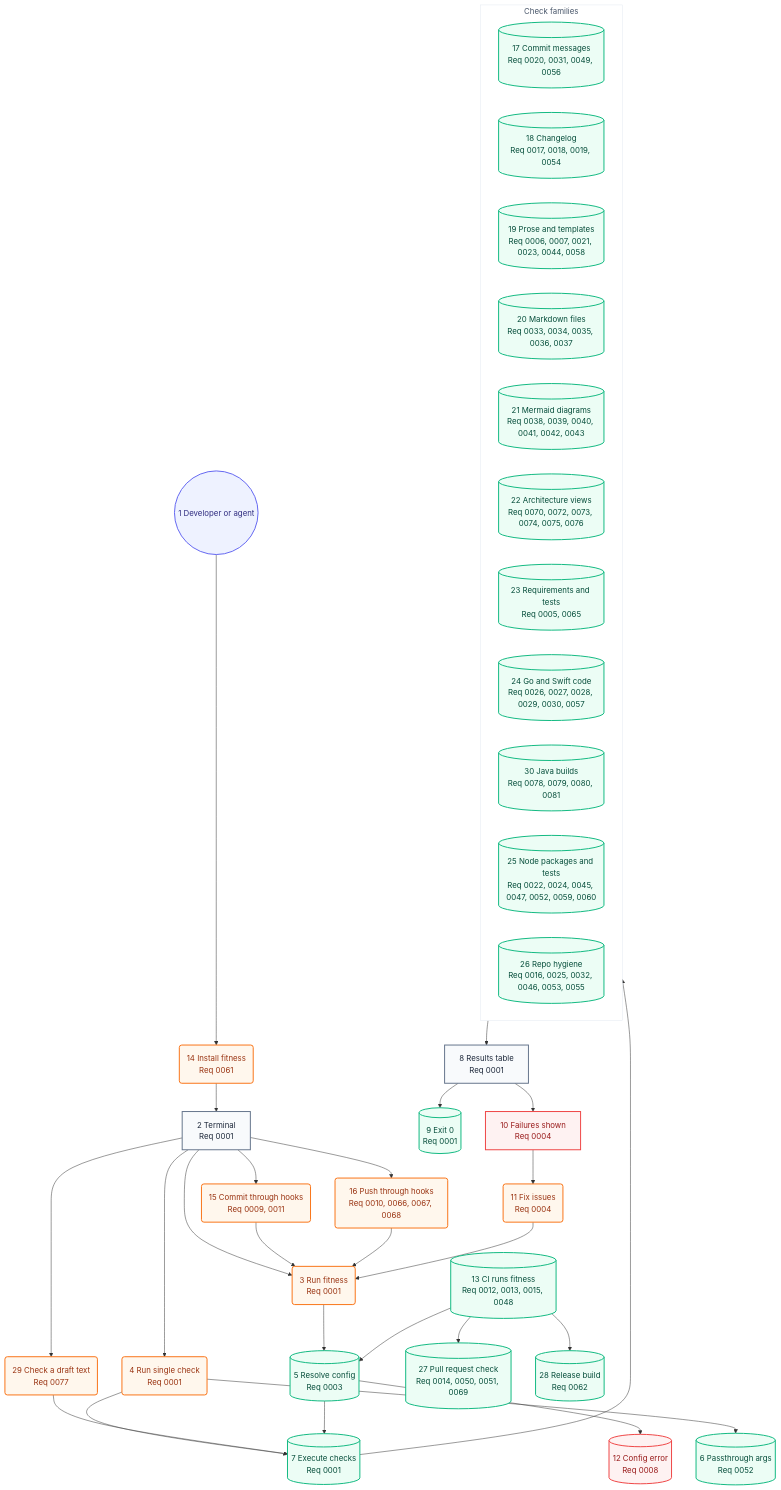
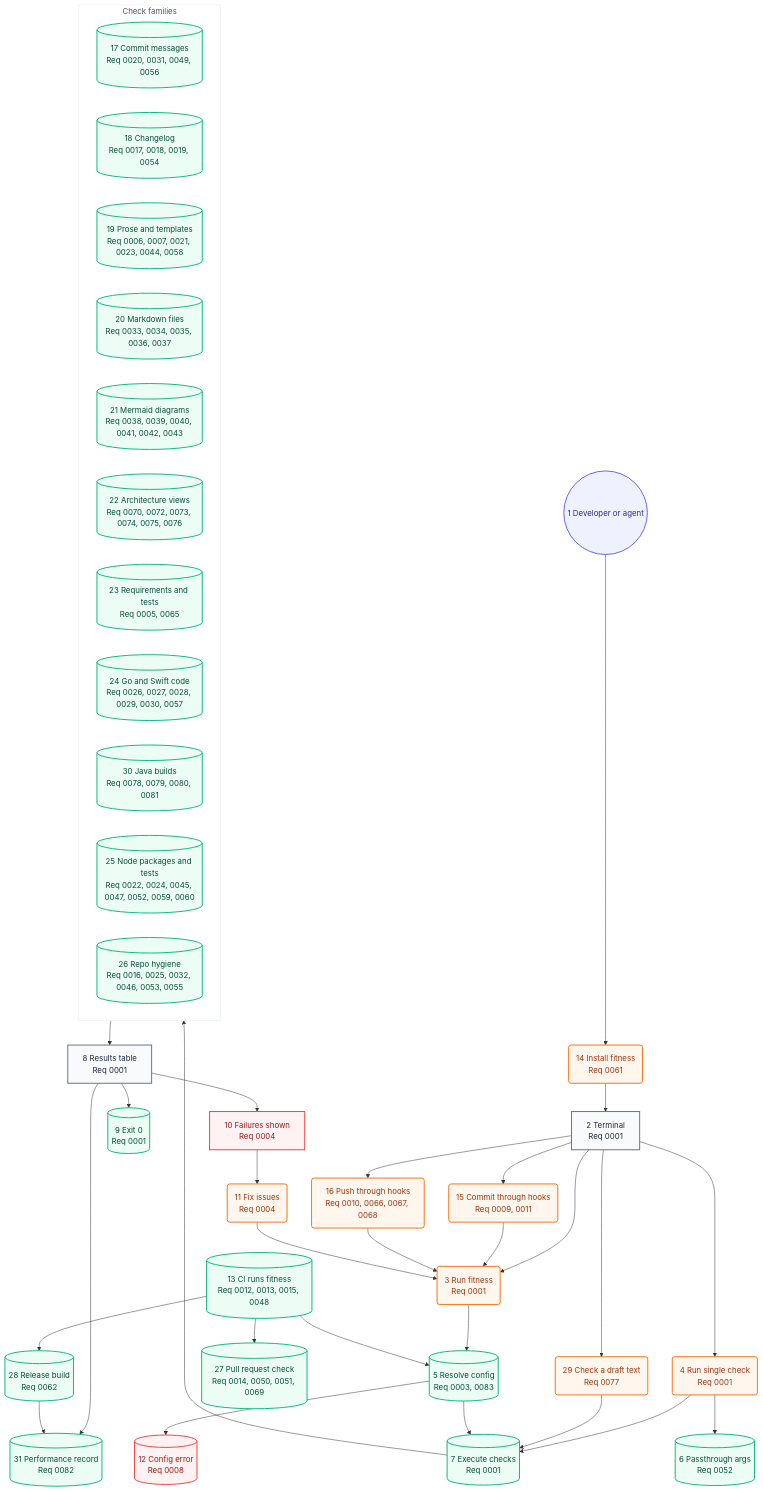
The second of 2 diagrams in docs/architecture/05-user-journey.md (may-journal/fitness-runner), drawn with Mermaid before and after one commit. The commit also changed other lines of this file and 37 other files, not shown here.

First line of the commit message:
feat(fitness): record check performance, draw box diagrams, add repo-local checks

````diff
--- a/docs/architecture/05-user-journey.md
+++ b/docs/architecture/05-user-journey.md
@@ -40,70 +40,73 @@
 ```mermaid
 flowchart TB
     dev((1 Developer or agent)):::persona
     install(14 Install fitness<br/>Req 0061):::action
     terminal[2 Terminal<br/>Req 0001]:::screen
     runFull(3 Run fitness<br/>Req 0001):::action
     runSingle(4 Run single check<br/>Req 0001):::action
     runBlob(29 Check a draft text<br/>Req 0077):::action
     commitHook(15 Commit through hooks<br/>Req 0009, 0011):::action
     pushHook(16 Push through hooks<br/>Req 0010, 0066, 0067, 0068):::action
-    resolveConfig[(5 Resolve config<br/>Req 0003)]:::system
+    resolveConfig[(5 Resolve config<br/>Req 0003, 0083)]:::system
     passArgs[(6 Passthrough args<br/>Req 0052)]:::system
     executeChecks[(7 Execute checks<br/>Req 0001)]:::system
 
     subgraph checks["Check families"]
         commitChecks[(17 Commit messages<br/>Req 0020, 0031, 0049, 0056)]:::system
         changelogChecks[(18 Changelog<br/>Req 0017, 0018, 0019, 0054)]:::system
         proseChecks[(19 Prose and templates<br/>Req 0006, 0007, 0021, 0023, 0044, 0058)]:::system
         markdownChecks[(20 Markdown files<br/>Req 0033, 0034, 0035, 0036, 0037)]:::system
         mermaidChecks[(21 Mermaid diagrams<br/>Req 0038, 0039, 0040, 0041, 0042, 0043)]:::system
         architectureChecks[(22 Architecture views<br/>Req 0070, 0072, 0073, 0074, 0075, 0076)]:::system
         requirementChecks[(23 Requirements and tests<br/>Req 0005, 0065)]:::system
         goSwiftChecks[(24 Go and Swift code<br/>Req 0026, 0027, 0028, 0029, 0030, 0057)]:::system
         javaChecks[(30 Java builds<br/>Req 0078, 0079, 0080, 0081)]:::system
         nodeChecks[(25 Node packages and tests<br/>Req 0022, 0024, 0045, 0047, 0052, 0059, 0060)]:::system
         repoChecks[(26 Repo hygiene<br/>Req 0016, 0025, 0032, 0046, 0053, 0055)]:::system
     end
 
     resultsTable[8 Results table<br/>Req 0001]:::screen
     exitZero[(9 Exit 0<br/>Req 0001)]:::system
     failuresShown[10 Failures shown<br/>Req 0004]:::blocked
     fixIssues(11 Fix issues<br/>Req 0004):::action
     configError[(12 Config error<br/>Req 0008)]:::blocked
     ciRun[(13 CI runs fitness<br/>Req 0012, 0013, 0015, 0048)]:::system
     prCheck[(27 Pull request check<br/>Req 0014, 0050, 0051, 0069)]:::system
     release[(28 Release build<br/>Req 0062)]:::system
+    perfRecord[(31 Performance record<br/>Req 0082)]:::system
 
     dev --> install
     install --> terminal
     terminal --> runFull
     terminal --> runSingle
     terminal --> commitHook
     terminal --> pushHook
     terminal --> runBlob
     commitHook --> runFull
     pushHook --> runFull
     runFull --> resolveConfig
     runSingle --> executeChecks
     runSingle --> passArgs
     runBlob --> executeChecks
     resolveConfig --> executeChecks
     resolveConfig --> configError
     executeChecks --> checks
     checks --> resultsTable
     resultsTable --> exitZero
     resultsTable --> failuresShown
     failuresShown --> fixIssues
     fixIssues --> runFull
     ciRun --> resolveConfig
     ciRun --> prCheck
     ciRun --> release
+    resultsTable --> perfRecord
+    release --> perfRecord
 
     classDef persona fill:#eef2ff,stroke:#6366f1,color:#312e81,stroke-width:2px
     classDef screen fill:#f8fafc,stroke:#64748b,color:#1e293b,stroke-width:2px
     classDef action fill:#fff7ed,stroke:#f97316,color:#9a3412,stroke-width:2px
     classDef system fill:#ecfdf5,stroke:#10b981,color:#064e3b,stroke-width:2px
     classDef blocked fill:#fef2f2,stroke:#ef4444,color:#991b1b,stroke-width:2px
 
     style checks fill:#ffffff,stroke:#e2e8f0,color:#475569,stroke-width:1px
 ```
````
